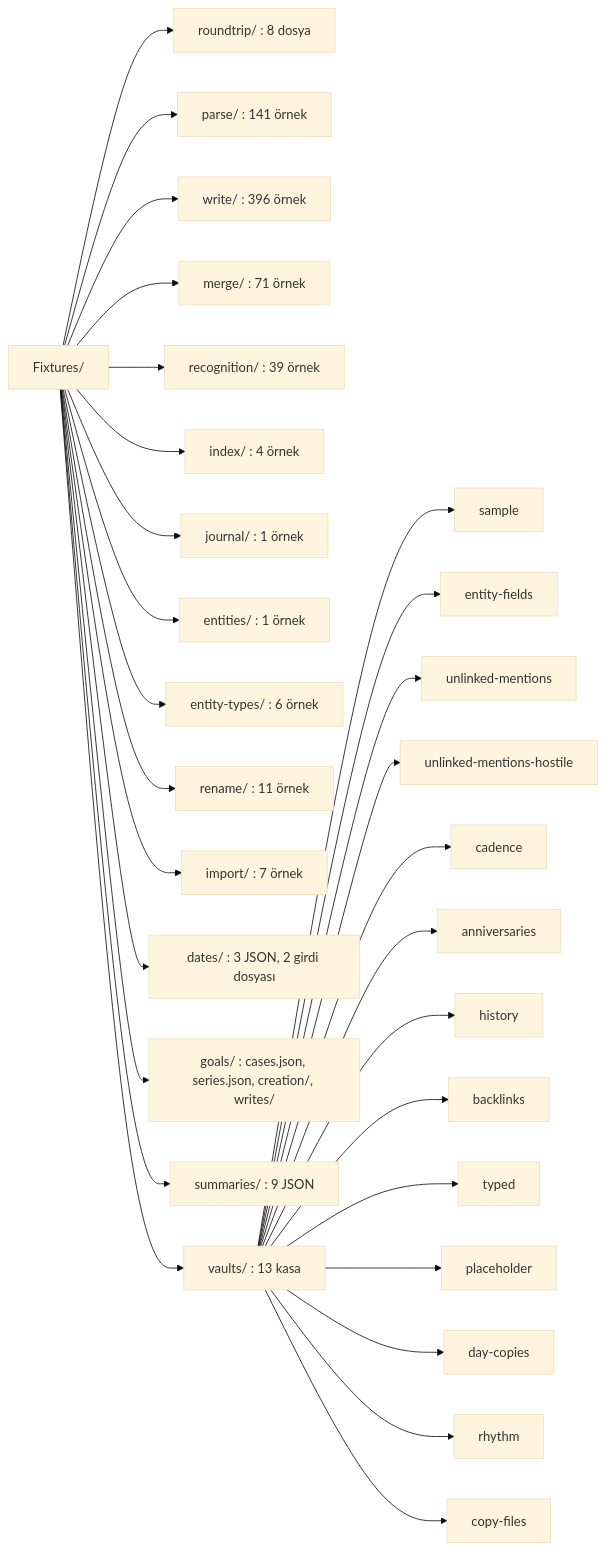
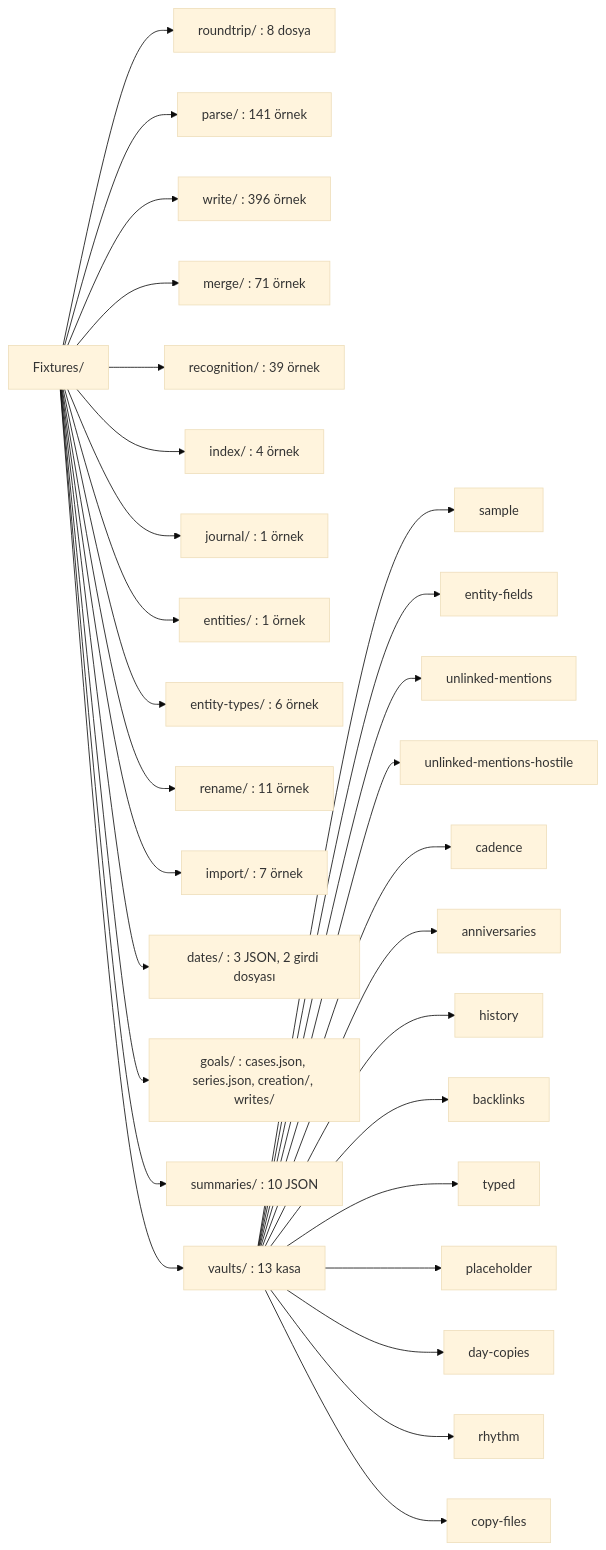
Before and after one commit to dogancanyildiz/kenet: the first of 11 diagrams in docs/fixtures.md, drawn with Mermaid (base theme). The commit also changed other lines of this file and 20 other files, not shown here.

````diff
--- a/docs/fixtures.md
+++ b/docs/fixtures.md
@@ -15,32 +15,32 @@
 ```mermaid
 flowchart LR
   F["Fixtures/"]
   F --> RT["roundtrip/ : 8 dosya"]
   F --> PA["parse/ : 141 örnek"]
   F --> WR["write/ : 396 örnek"]
   F --> ME["merge/ : 71 örnek"]
   F --> RE["recognition/ : 39 örnek"]
   F --> IX["index/ : 4 örnek"]
   F --> JO["journal/ : 1 örnek"]
   F --> EN["entities/ : 1 örnek"]
   F --> ET["entity-types/ : 6 örnek"]
   F --> RN["rename/ : 11 örnek"]
   F --> IM["import/ : 7 örnek"]
   F --> DA["dates/ : 3 JSON, 2 girdi dosyası"]
   F --> GO["goals/ : cases.json, series.json, creation/, writes/"]
-  F --> SU["summaries/ : 9 JSON"]
+  F --> SU["summaries/ : 10 JSON"]
   F --> VA["vaults/ : 13 kasa"]
   VA --> V1["sample"]
   VA --> V2["entity-fields"]
   VA --> V3["unlinked-mentions"]
   VA --> V4["unlinked-mentions-hostile"]
   VA --> V5["cadence"]
   VA --> V6["anniversaries"]
   VA --> V7["history"]
   VA --> V8["backlinks"]
   VA --> V9["typed"]
   VA --> V10["placeholder"]
   VA --> V11["day-copies"]
   VA --> V12["rhythm"]
   VA --> V13["copy-files"]
 ```
````
